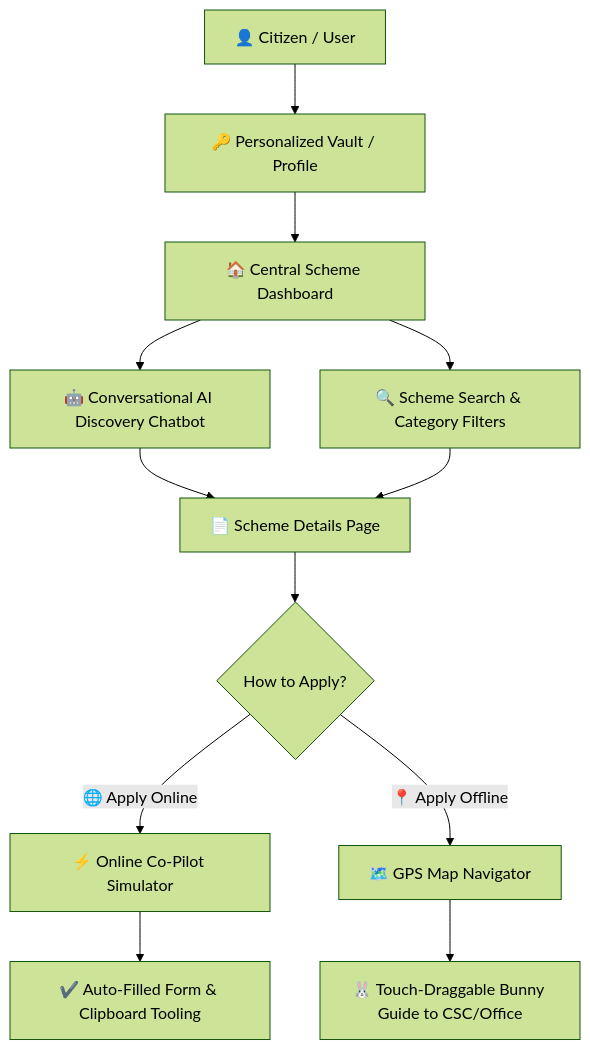
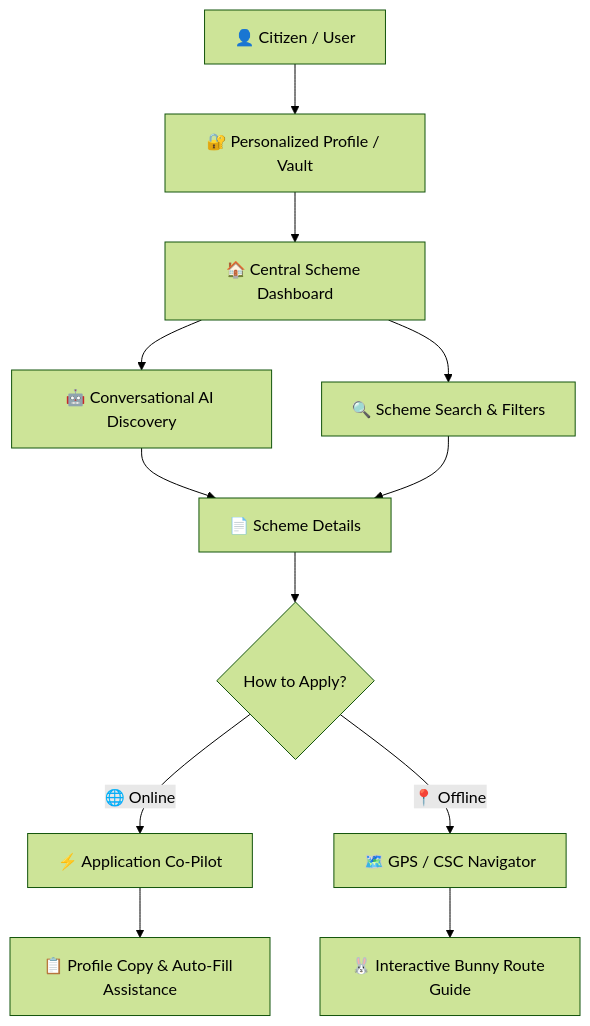
Before and after one commit to priyanshi04-alt/Yojna-Setu: the diagram in README.md, drawn with Mermaid (forest theme). The commit also changed other lines of this file, not shown here.

````diff
--- a/README.md
+++ b/README.md
@@ -20,18 +36,19 @@
 ```mermaid
 graph TD
-    A[👤 Citizen / User] --> B[🔑 Personalized Vault / Profile]
+    A[👤 Citizen / User] --> B[🔐 Personalized Profile / Vault]
     B --> C[🏠 Central Scheme Dashboard]
-    
-    C --> D[🤖 Conversational AI Discovery Chatbot]
-    C --> E[🔍 Scheme Search & Category Filters]
-    
-    D --> F[📄 Scheme Details Page]
+
+    C --> D[🤖 Conversational AI Discovery]
+    C --> E[🔍 Scheme Search & Filters]
+
+    D --> F[📄 Scheme Details]
     E --> F
-    
+
     F --> G{How to Apply?}
-    G -->|🌐 Apply Online| H[⚡ Online Co-Pilot Simulator]
-    G -->|📍 Apply Offline| I[🗺️ GPS Map Navigator]
-    
-    H --> J[✔️ Auto-Filled Form & Clipboard Tooling]
-    I --> K[🐰 Touch-Draggable Bunny Guide to CSC/Office]
+
+    G -->|🌐 Online| H[⚡ Application Co-Pilot]
+    G -->|📍 Offline| I[🗺️ GPS / CSC Navigator]
+
+    H --> J[📋 Profile Copy & Auto-Fill Assistance]
+    I --> K[🐰 Interactive Bunny Route Guide]
 ```
````
